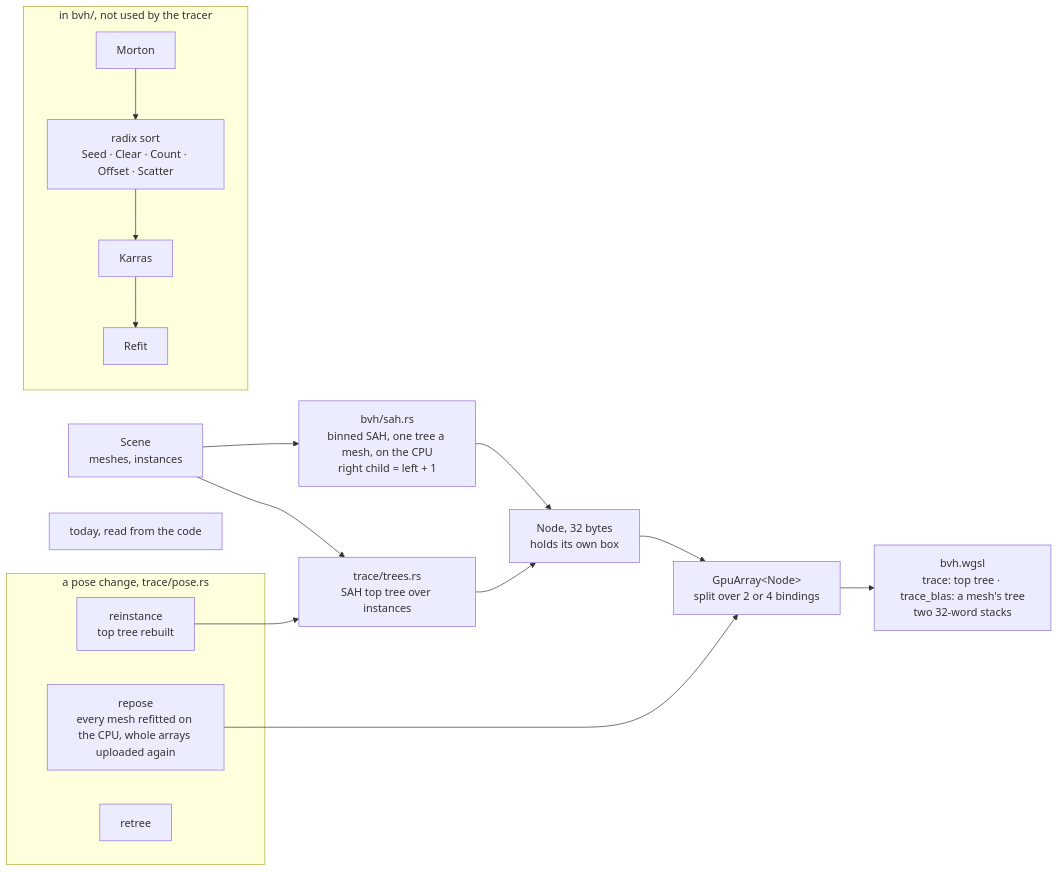
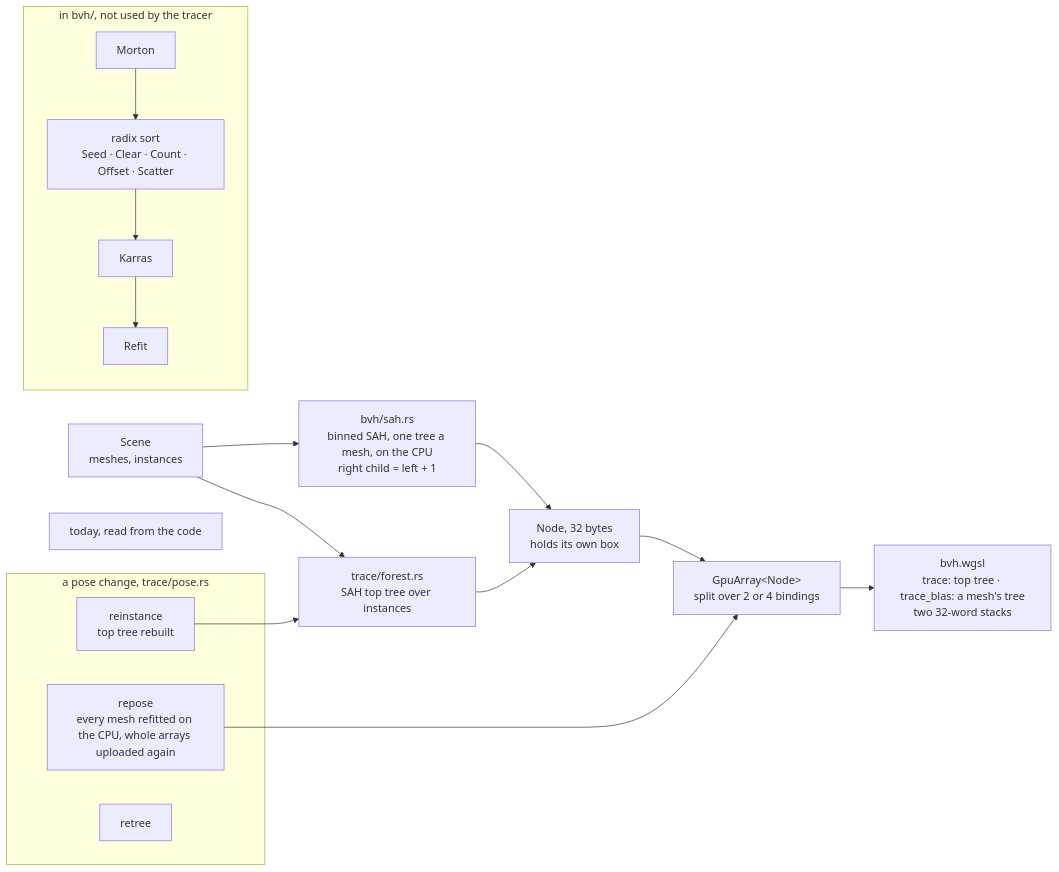
The first of 3 diagrams in docs/accel.md (gemphi/phiray), drawn with Mermaid before and after one commit. The commit also changed 11 other files, not shown here.

````diff
--- a/docs/accel.md
+++ b/docs/accel.md
@@ -3,23 +3,23 @@
 ```mermaid
 graph LR
     key["today, read from the code"]
     a_scene["Scene<br/>meshes, instances"]
     a_sah["bvh/sah.rs<br/>binned SAH, one tree a mesh, on the CPU<br/>right child = left + 1"]
-    a_top["trace/trees.rs<br/>SAH top tree over instances"]
+    a_top["trace/forest.rs<br/>SAH top tree over instances"]
     a_node["Node, 32 bytes<br/>holds its own box"]
     a_up["GpuArray&lt;Node&gt;<br/>split over 2 or 4 bindings"]
     a_walk["bvh.wgsl<br/>trace: top tree · trace_blas: a mesh's tree<br/>two 32-word stacks"]
     a_scene --> a_sah --> a_node
     a_scene --> a_top --> a_node
     a_node --> a_up --> a_walk
     subgraph pose["a pose change, trace/pose.rs"]
         p_repose["repose<br/>every mesh refitted on the CPU, whole arrays uploaded again"]
         p_reinst["reinstance<br/>top tree rebuilt"]
         p_retree["retree"]
     end
     p_repose --> a_up
     p_reinst --> a_top
     subgraph unused["in bvh/, not used by the tracer"]
         g_morton["Morton"] --> g_radix["radix sort<br/>Seed · Clear · Count · Offset · Scatter"] --> g_karras["Karras"] --> g_refit["Refit"]
     end
 ```
````
